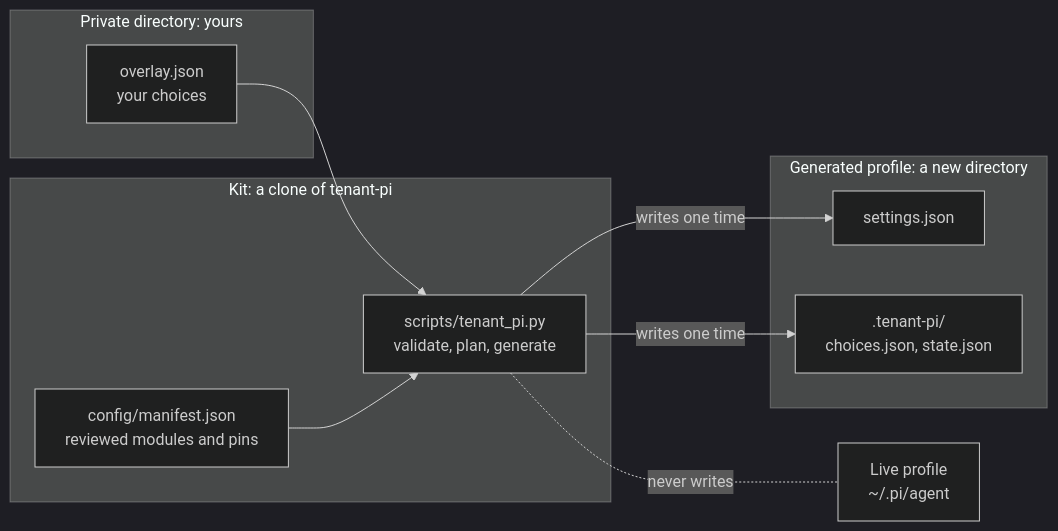
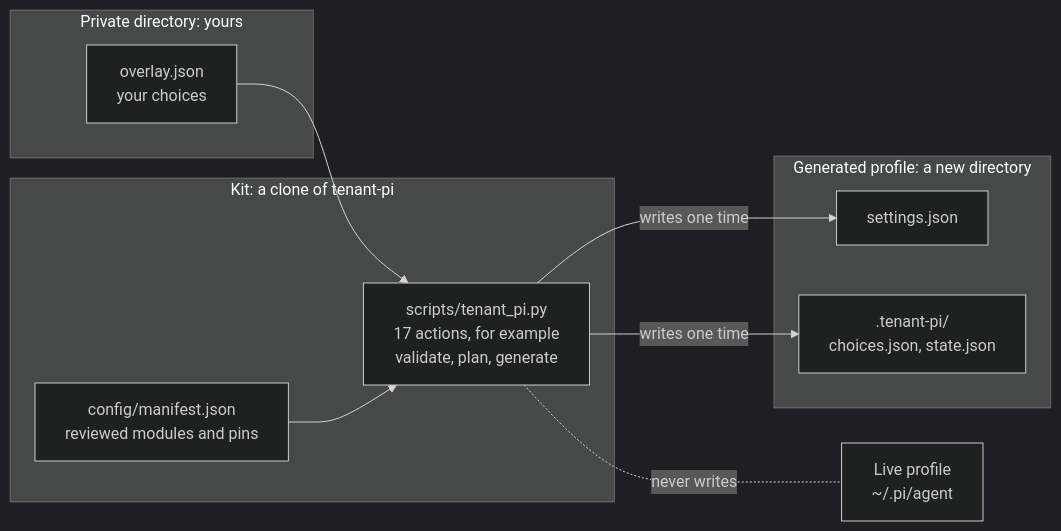
One commit to ryg40/tenant-docs changed the diagram in src/content/docs/tenant-pi/index.mdx. Above: the diagram before and after it, drawn with Mermaid (dark theme). The commit also changed other lines of this file and 195 other files, not shown here.

````diff
--- a/src/content/docs/tenant-pi/index.mdx
+++ b/src/content/docs/tenant-pi/index.mdx
@@ -19,21 +19,21 @@
 ```mermaid
 flowchart LR
     subgraph private["Private directory: yours"]
         overlay["overlay.json<br/>your choices"]
     end
     subgraph kit["Kit: a clone of tenant-pi"]
         manifest["config/manifest.json<br/>reviewed modules and pins"]
-        cli["scripts/tenant_pi.py<br/>validate, plan, generate"]
+        cli["scripts/tenant_pi.py<br/>17 actions, for example<br/>validate, plan, generate"]
     end
     subgraph profile["Generated profile: a new directory"]
         settings["settings.json"]
         record[".tenant-pi/<br/>choices.json, state.json"]
     end
     live["Live profile<br/>~/.pi/agent"]
 
     overlay --> cli
     manifest --> cli
     cli -->|"writes one time"| settings
     cli -->|"writes one time"| record
     cli -.-|"never writes"| live
 ```
````
